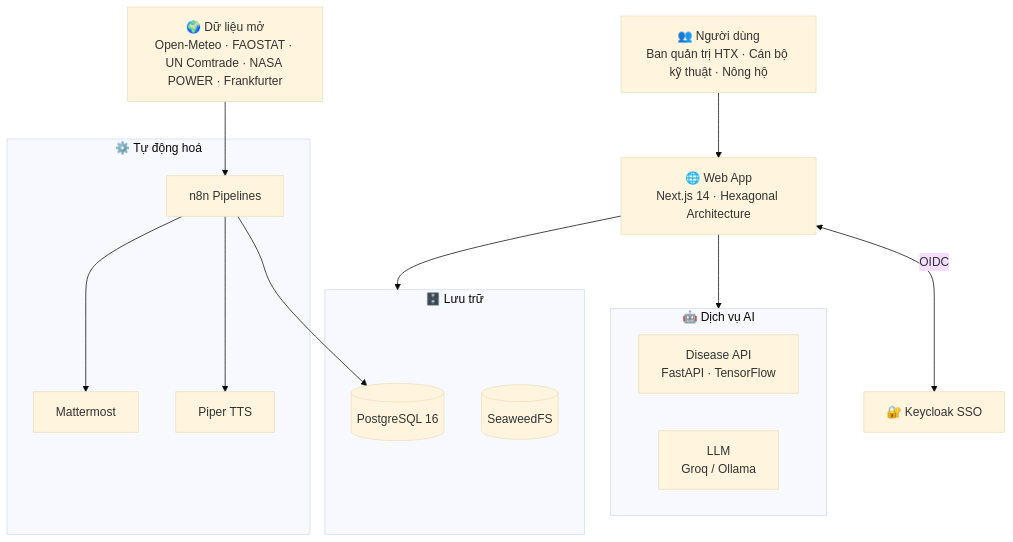
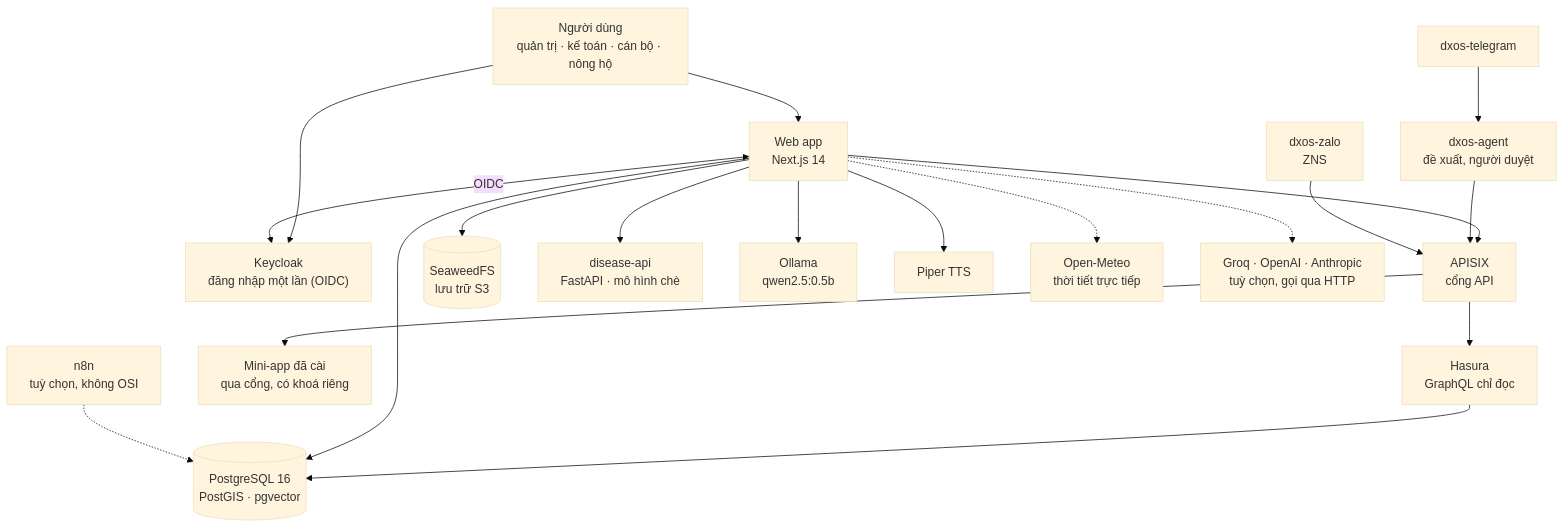
One commit to maiychrus25/OpenTea-DX-OS changed the diagram in README.md. Above: the diagram before and after it, drawn with Mermaid (base theme). The commit also changed other lines of this file and 3 other files, not shown here.

````diff
--- a/README.md
+++ b/README.md
@@ -58,33 +88,39 @@
 ```mermaid
 flowchart TB
-    U["👥 Người dùng<br/>Ban quản trị HTX · Cán bộ kỹ thuật · Nông hộ"]
-    KC["🔐 Keycloak SSO"]
-    WEB["🌐 Web App<br/>Next.js 14 · Hexagonal Architecture"]
-
-    subgraph AI["🤖 Dịch vụ AI"]
-        API["Disease API<br/>FastAPI · TensorFlow"]
-        LLM["LLM<br/>Groq / Ollama"]
-    end
-
-    subgraph Store["🗄️ Lưu trữ"]
-        PG[("PostgreSQL 16")]
-        S3[("SeaweedFS")]
-    end
-
-    subgraph Auto["⚙️ Tự động hoá"]
-        N8N["n8n Pipelines"]
-        TTS["Piper TTS"]
-        MM["Mattermost"]
-    end
-
-    EXT["🌍 Dữ liệu mở<br/>Open-Meteo · FAOSTAT · UN Comtrade · NASA POWER · Frankfurter"]
+    U["Người dùng<br/>quản trị · kế toán · cán bộ · nông hộ"]
+    KC["Keycloak<br/>đăng nhập một lần (OIDC)"]
+    WEB["Web app<br/>Next.js 14"]
+    APIX["APISIX<br/>cổng API"]
+    HAS["Hasura<br/>GraphQL chỉ đọc"]
+    PG[("PostgreSQL 16<br/>PostGIS · pgvector")]
+    S3[("SeaweedFS<br/>lưu trữ S3")]
+    DA["disease-api<br/>FastAPI · mô hình chè"]
+    OL["Ollama<br/>qwen2.5:0.5b"]
+    PI["Piper TTS"]
+    AG["dxos-agent<br/>đề xuất, người duyệt"]
+    TG["dxos-telegram"]
+    ZL["dxos-zalo<br/>ZNS"]
+    MINI["Mini-app đã cài<br/>qua cổng, có khoá riêng"]
+    OM["Open-Meteo<br/>thời tiết trực tiếp"]
+    N8N["n8n<br/>tuỳ chọn, không OSI"]
+    EXT["Groq · OpenAI · Anthropic<br/>tuỳ chọn, gọi qua HTTP"]
 
     U --> WEB
+    U --> KC
     WEB <-->|OIDC| KC
-    WEB --> AI
-    WEB --> Store
-    EXT --> N8N
-    N8N --> PG
-    N8N --> TTS
-    N8N --> MM
+    WEB --> APIX
+    APIX --> HAS
+    HAS --> PG
+    WEB --> PG
+    WEB --> S3
+    WEB --> DA
+    WEB --> OL
+    WEB --> PI
+    AG --> APIX
+    TG --> AG
+    ZL --> APIX
+    APIX --> MINI
+    WEB -.-> OM
+    N8N -.-> PG
+    WEB -.-> EXT
 ```
````
